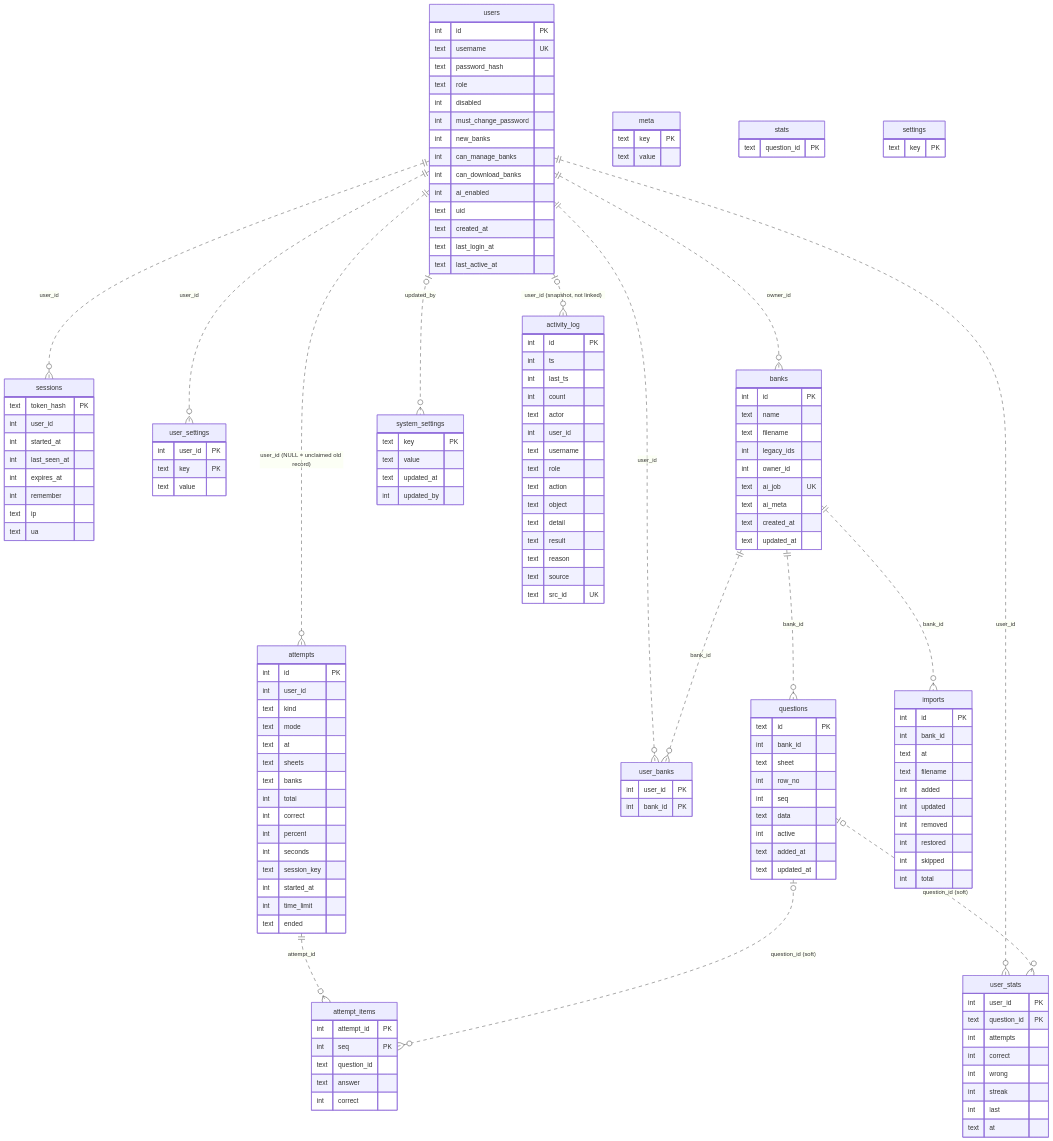
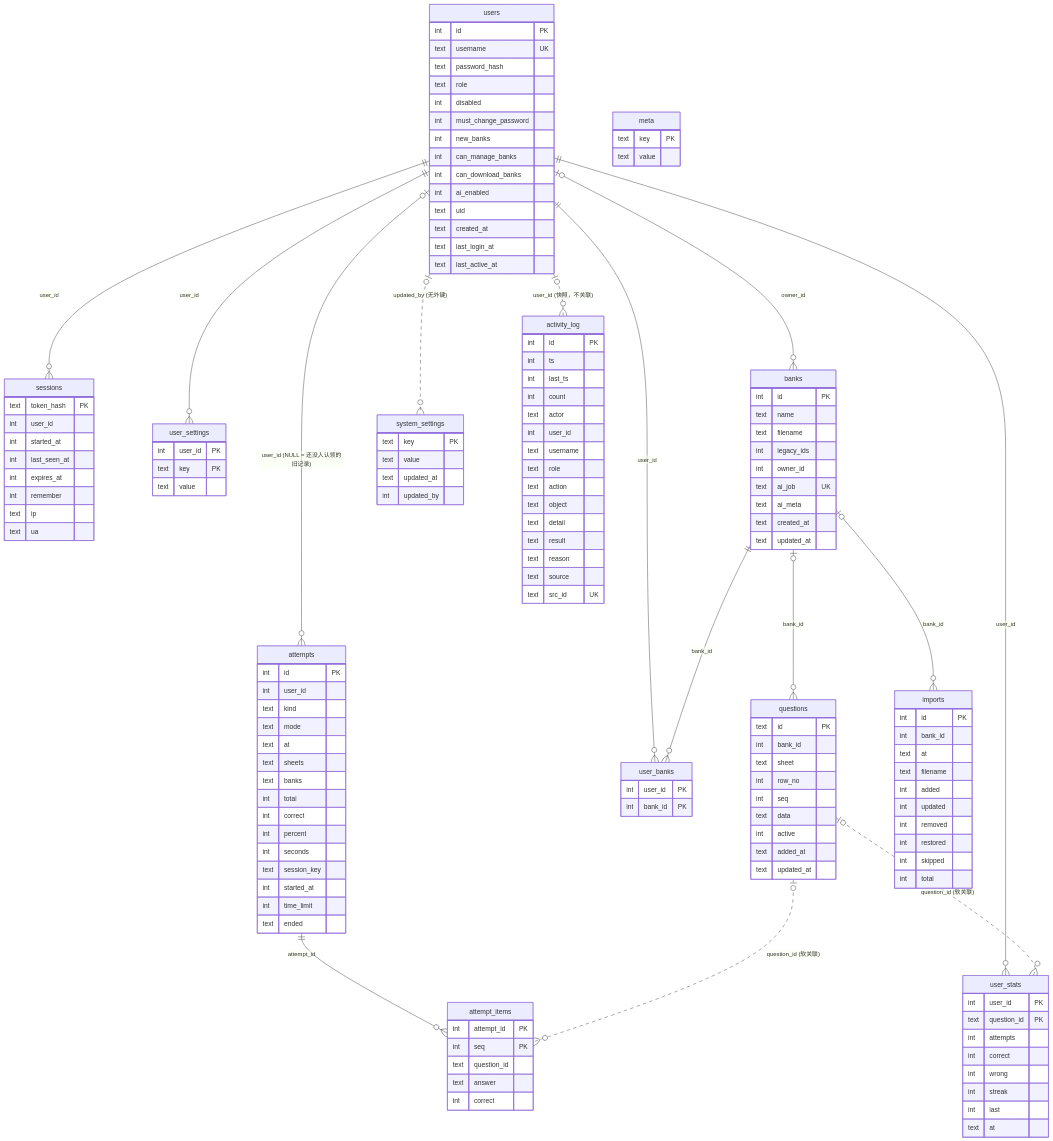
One commit to Yumin-Space/xexam changed the third of 4 diagrams in docs/zh-CN/database.md. Above: the diagram before and after it, drawn with Mermaid. The commit also changed other lines of this file and 73 other files, not shown here.

First line of the commit message:
v2.0: database clean-up (main schema 11 with foreign keys, AI schema 10 without legacy parts)

````diff
--- a/docs/zh-CN/database.md
+++ b/docs/zh-CN/database.md
@@ -707,19 +743,19 @@
 ```mermaid
 erDiagram
-  users ||..o{ sessions : "user_id"
-  users ||..o{ attempts : "user_id (NULL = unclaimed old record)"
-  users ||..o{ user_stats : "user_id"
-  users ||..o{ user_settings : "user_id"
-  users ||..o{ user_banks : "user_id"
-  users ||..o{ banks : "owner_id"
-  users |o..o{ system_settings : "updated_by"
-  users |o..o{ activity_log : "user_id (snapshot, not linked)"
-  banks ||..o{ user_banks : "bank_id"
-  banks ||..o{ questions : "bank_id"
-  banks ||..o{ imports : "bank_id"
-  attempts ||..o{ attempt_items : "attempt_id"
-  questions |o..o{ attempt_items : "question_id (soft)"
-  questions |o..o{ user_stats : "question_id (soft)"
+  users ||--o{ sessions : "user_id"
+  users |o--o{ attempts : "user_id (NULL = 还没人认领的旧记录)"
+  users ||--o{ user_stats : "user_id"
+  users ||--o{ user_settings : "user_id"
+  users ||--o{ user_banks : "user_id"
+  users |o--o{ banks : "owner_id"
+  users |o..o{ system_settings : "updated_by (无外键)"
+  users |o..o{ activity_log : "user_id (快照，不关联)"
+  banks ||--o{ user_banks : "bank_id"
+  banks |o--o{ questions : "bank_id"
+  banks |o--o{ imports : "bank_id"
+  attempts ||--o{ attempt_items : "attempt_id"
+  questions |o..o{ attempt_items : "question_id (软关联)"
+  questions |o..o{ user_stats : "question_id (软关联)"
 
   users {
     int id PK
@@ -851,10 +887,4 @@
     text key PK
     text value
   }
-  stats {
-    text question_id PK
-  }
-  settings {
-    text key PK
-  }
 ```
````
